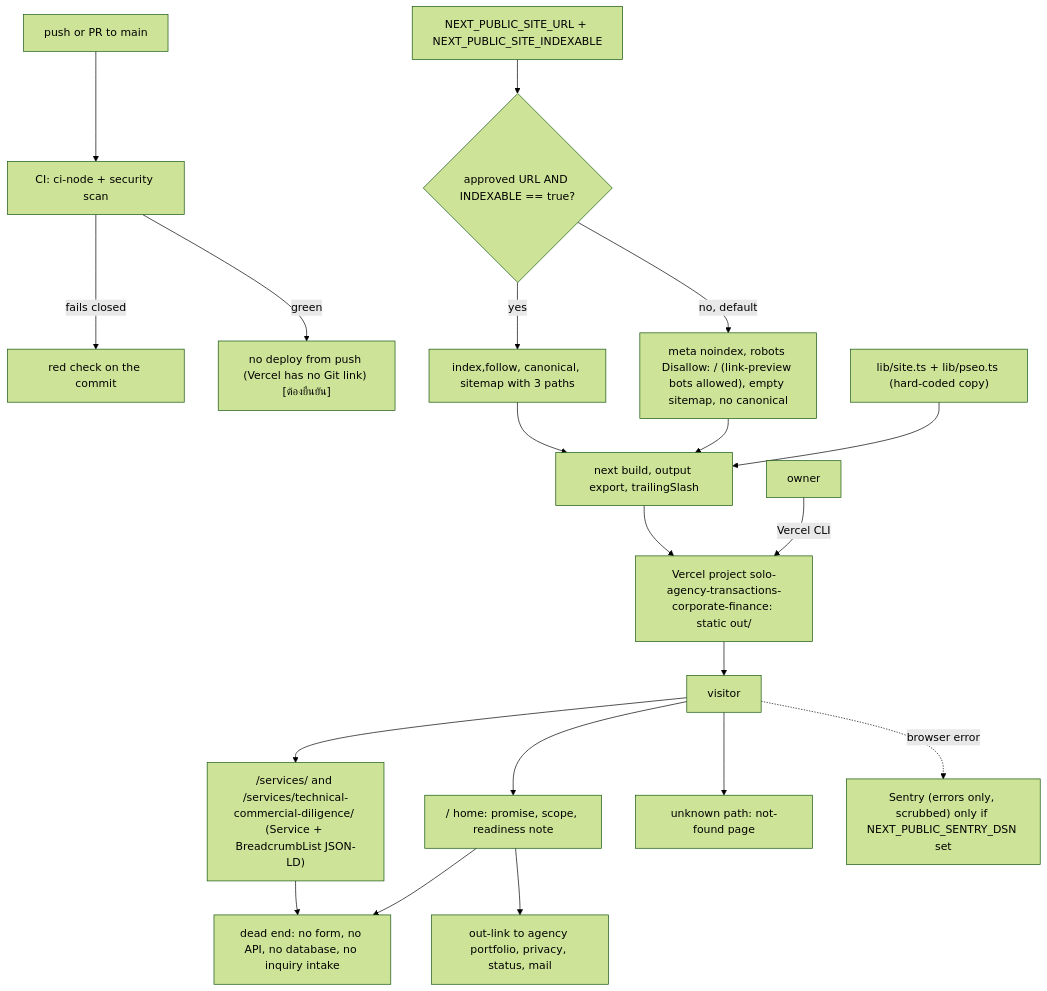
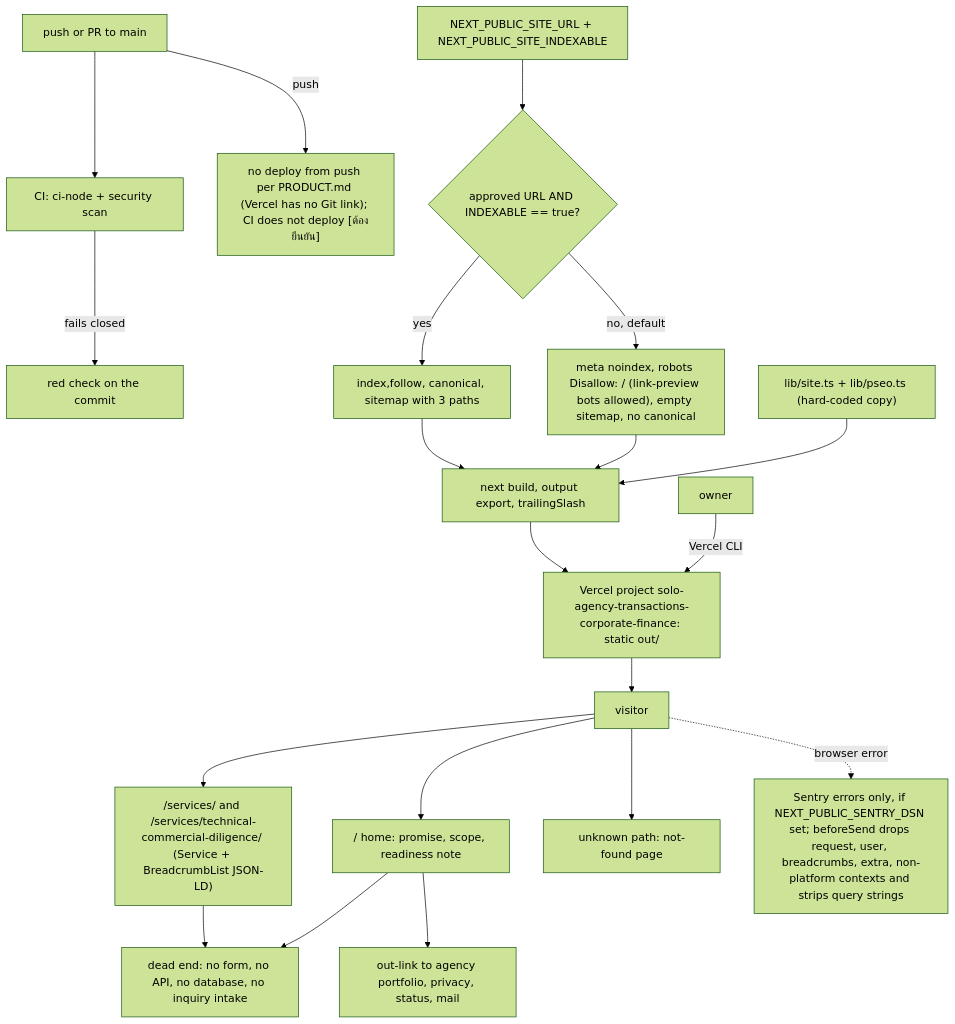
One commit to bookchaowalit-agency/agency-transactions-corporate-finance-web changed the first of 2 diagrams in docs/diagrams/01-business-process.md. Above: the diagram before and after it, drawn with Mermaid (forest theme). The commit also changed other lines of this file, not shown here.

````diff
--- a/docs/diagrams/01-business-process.md
+++ b/docs/diagrams/01-business-process.md
@@ -9,22 +9,22 @@
 ```mermaid
 flowchart TD
   DEV["push or PR to main"] --> CI["CI: ci-node + security scan"]
   CI -->|"fails closed"| CIFAIL["red check on the commit"]
-  CI -->|green| NODEPLOY["no deploy from push (Vercel has no Git link) [ต้องยืนยัน]"]
+  DEV -->|"push"| NODEPLOY["no deploy from push per PRODUCT.md (Vercel has no Git link); CI does not deploy [ต้องยืนยัน]"]
   OWNER["owner"] -->|"Vercel CLI"| VERCEL["Vercel project solo-agency-transactions-corporate-finance: static out/"]
   DATA["lib/site.ts + lib/pseo.ts (hard-coded copy)"] --> BUILD["next build, output export, trailingSlash"]
   ENV["NEXT_PUBLIC_SITE_URL + NEXT_PUBLIC_SITE_INDEXABLE"] --> GATE{"approved URL AND INDEXABLE == true?"}
   GATE -->|no, default| NOIDX["meta noindex, robots Disallow: / (link-preview bots allowed), empty sitemap, no canonical"]
   GATE -->|yes| IDX["index,follow, canonical, sitemap with 3 paths"]
   NOIDX --> BUILD
   IDX --> BUILD
   BUILD --> VERCEL
   VISITOR["visitor"] --> HOME["/ home: promise, scope, readiness note"]
   VISITOR --> SERVICE["/services/ and /services/technical-commercial-diligence/ (Service + BreadcrumbList JSON-LD)"]
   VISITOR --> OTHER["unknown path: not-found page"]
   HOME --> NOFORM["dead end: no form, no API, no database, no inquiry intake"]
   HOME --> PORTFOLIO["out-link to agency portfolio, privacy, status, mail"]
   SERVICE --> NOFORM
   VERCEL --> VISITOR
-  VISITOR -.->|"browser error"| SENTRY["Sentry (errors only, scrubbed) only if NEXT_PUBLIC_SENTRY_DSN set"]
+  VISITOR -.->|"browser error"| SENTRY["Sentry errors only, if NEXT_PUBLIC_SENTRY_DSN set; beforeSend drops request, user, breadcrumbs, extra, non-platform contexts and strips query strings"]
 ```
````
